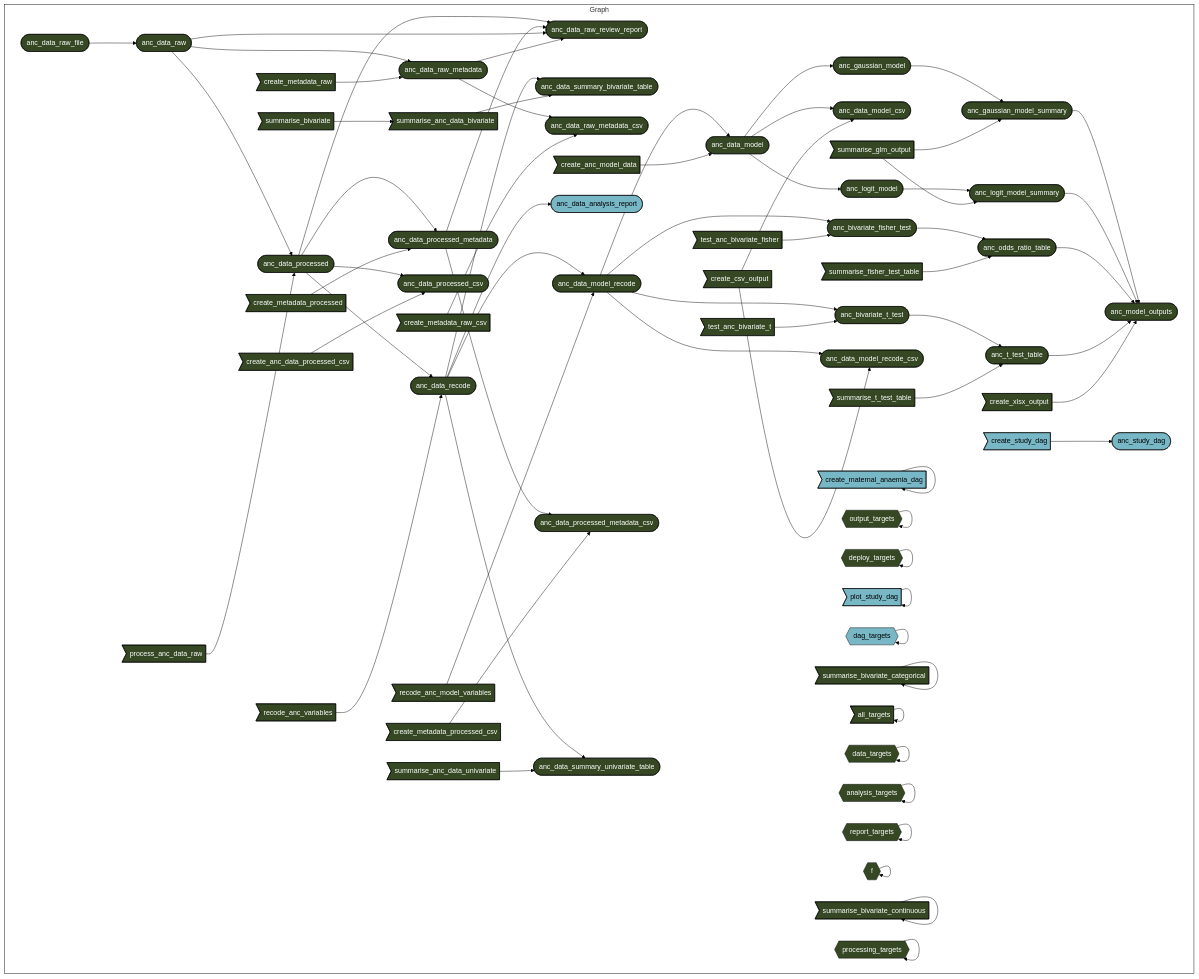
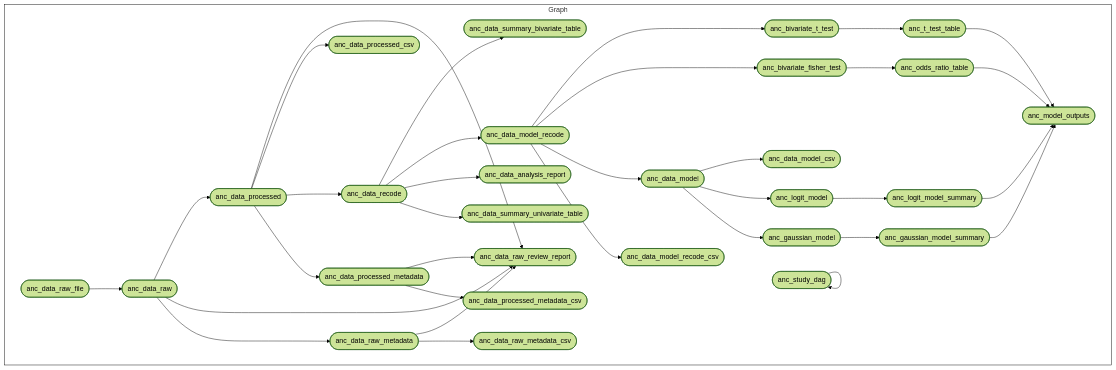
The diagram in README.md (OxfordIHTM/gh-anaemia-pregnancy), drawn with Mermaid (forest theme) before and after one commit. The commit also changed other lines of this file and 1 other file, not shown here.

````diff
--- a/README.md
+++ b/README.md
@@ -144,76 +158,39 @@
 ``` mermaid
 graph LR
   style Graph fill:#FFFFFF00,stroke:#000000;
   subgraph Graph
     direction LR
-    x22ede2ce35ac1155>"summarise_bivariate"]:::uptodate --> xba48c79891bd32bf>"summarise_anc_data_bivariate"]:::uptodate
     xbba39ca9e518ed94(["anc_data_raw"]):::uptodate --> x597caed207d4fc5d(["anc_data_processed"]):::uptodate
-    x2b694182b60fa089>"process_anc_data_raw"]:::uptodate --> x597caed207d4fc5d(["anc_data_processed"]):::uptodate
     x05812169c4dfa932(["anc_data_raw_file"]):::uptodate --> xbba39ca9e518ed94(["anc_data_raw"]):::uptodate
     x597caed207d4fc5d(["anc_data_processed"]):::uptodate --> x34a9c3203c3a0d4e(["anc_data_raw_review_report"]):::uptodate
     x34b86f86bb8014ea(["anc_data_processed_metadata"]):::uptodate --> x34a9c3203c3a0d4e(["anc_data_raw_review_report"]):::uptodate
     xbba39ca9e518ed94(["anc_data_raw"]):::uptodate --> x34a9c3203c3a0d4e(["anc_data_raw_review_report"]):::uptodate
     x8a8877168229f4dd(["anc_data_raw_metadata"]):::uptodate --> x34a9c3203c3a0d4e(["anc_data_raw_review_report"]):::uptodate
     xa2691830171b0cf9(["anc_data_recode"]):::uptodate --> x83b06018b27c1391(["anc_data_summary_bivariate_table"]):::uptodate
-    xba48c79891bd32bf>"summarise_anc_data_bivariate"]:::uptodate --> x83b06018b27c1391(["anc_data_summary_bivariate_table"]):::uptodate
     x9265d4ebfbcc5e37(["anc_gaussian_model_summary"]):::uptodate --> x8f6836dcac596e4d(["anc_model_outputs"]):::uptodate
     x2d44714c6076aea5(["anc_logit_model_summary"]):::uptodate --> x8f6836dcac596e4d(["anc_model_outputs"]):::uptodate
     x2d1d696496197875(["anc_odds_ratio_table"]):::uptodate --> x8f6836dcac596e4d(["anc_model_outputs"]):::uptodate
     x02d4c90c16108e87(["anc_t_test_table"]):::uptodate --> x8f6836dcac596e4d(["anc_model_outputs"]):::uptodate
-    x77cfc036884b7314>"create_xlsx_output"]:::uptodate --> x8f6836dcac596e4d(["anc_model_outputs"]):::uptodate
     x8a8877168229f4dd(["anc_data_raw_metadata"]):::uptodate --> x2f4ef36220e6f123(["anc_data_raw_metadata_csv"]):::uptodate
-    x06b95541de6d9084>"create_metadata_raw_csv"]:::uptodate --> x2f4ef36220e6f123(["anc_data_raw_metadata_csv"]):::uptodate
     x597caed207d4fc5d(["anc_data_processed"]):::uptodate --> x9efa48e5541103b9(["anc_data_processed_csv"]):::uptodate
-    xe731fc43cde5524c>"create_anc_data_processed_csv"]:::uptodate --> x9efa48e5541103b9(["anc_data_processed_csv"]):::uptodate
     xa2691830171b0cf9(["anc_data_recode"]):::uptodate --> xc84eb75d2309c0e2(["anc_data_model_recode"]):::uptodate
-    xbfa6311eff88f4ac>"recode_anc_model_variables"]:::uptodate --> xc84eb75d2309c0e2(["anc_data_model_recode"]):::uptodate
     xc84eb75d2309c0e2(["anc_data_model_recode"]):::uptodate --> x22e570cd18c3f66c(["anc_bivariate_t_test"]):::uptodate
-    x5cf5cf0deda2a74c>"test_anc_bivariate_t"]:::uptodate --> x22e570cd18c3f66c(["anc_bivariate_t_test"]):::uptodate
-    x725fdaf76e544e71>"create_study_dag"]:::outdated --> xa1f8e339ffb46424(["anc_study_dag"]):::outdated
     x6262f74751558db7(["anc_data_model"]):::uptodate --> x11c78e49bf183f4f(["anc_data_model_csv"]):::uptodate
-    xbf3fc28f2e168ffd>"create_csv_output"]:::uptodate --> x11c78e49bf183f4f(["anc_data_model_csv"]):::uptodate
     x2d826175fca676e3(["anc_gaussian_model"]):::uptodate --> x9265d4ebfbcc5e37(["anc_gaussian_model_summary"]):::uptodate
-    xd8d5dc6d3535bb7e>"summarise_glm_output"]:::uptodate --> x9265d4ebfbcc5e37(["anc_gaussian_model_summary"]):::uptodate
     xbba39ca9e518ed94(["anc_data_raw"]):::uptodate --> x8a8877168229f4dd(["anc_data_raw_metadata"]):::uptodate
-    x9fb008ebeb3b6fe1>"create_metadata_raw"]:::uptodate --> x8a8877168229f4dd(["anc_data_raw_metadata"]):::uptodate
     xa2691830171b0cf9(["anc_data_recode"]):::uptodate --> x4e5d056abbac74dc(["anc_data_analysis_report"]):::outdated
     xc84eb75d2309c0e2(["anc_data_model_recode"]):::uptodate --> x77712cf549a15628(["anc_bivariate_fisher_test"]):::uptodate
-    xe50c36b3049cee6e>"test_anc_bivariate_fisher"]:::uptodate --> x77712cf549a15628(["anc_bivariate_fisher_test"]):::uptodate
     xc84eb75d2309c0e2(["anc_data_model_recode"]):::uptodate --> x6262f74751558db7(["anc_data_model"]):::uptodate
-    x480f339fedb44aea>"create_anc_model_data"]:::uptodate --> x6262f74751558db7(["anc_data_model"]):::uptodate
     x34b86f86bb8014ea(["anc_data_processed_metadata"]):::uptodate --> x2d4384c638b4d284(["anc_data_processed_metadata_csv"]):::uptodate
-    xf09ed717134c2f13>"create_metadata_processed_csv"]:::uptodate --> x2d4384c638b4d284(["anc_data_processed_metadata_csv"]):::uptodate
     x597caed207d4fc5d(["anc_data_processed"]):::uptodate --> xa2691830171b0cf9(["anc_data_recode"]):::uptodate
-    xa1f2cfa78a4cee44>"recode_anc_variables"]:::uptodate --> xa2691830171b0cf9(["anc_data_recode"]):::uptodate
     xa2691830171b0cf9(["anc_data_recode"]):::uptodate --> xdeea979a9fc8283c(["anc_data_summary_univariate_table"]):::uptodate
-    xd872d61e4ee64380>"summarise_anc_data_univariate"]:::uptodate --> xdeea979a9fc8283c(["anc_data_summary_univariate_table"]):::uptodate
     x597caed207d4fc5d(["anc_data_processed"]):::uptodate --> x34b86f86bb8014ea(["anc_data_processed_metadata"]):::uptodate
-    xd8175f5eae36128b>"create_metadata_processed"]:::uptodate --> x34b86f86bb8014ea(["anc_data_processed_metadata"]):::uptodate
     x22e570cd18c3f66c(["anc_bivariate_t_test"]):::uptodate --> x02d4c90c16108e87(["anc_t_test_table"]):::uptodate
-    x770dcc76b94aa44a>"summarise_t_test_table"]:::uptodate --> x02d4c90c16108e87(["anc_t_test_table"]):::uptodate
     xec336fb433299b8a(["anc_logit_model"]):::uptodate --> x2d44714c6076aea5(["anc_logit_model_summary"]):::uptodate
-    xd8d5dc6d3535bb7e>"summarise_glm_output"]:::uptodate --> x2d44714c6076aea5(["anc_logit_model_summary"]):::uptodate
     xc84eb75d2309c0e2(["anc_data_model_recode"]):::uptodate --> x60423dd0fbb1026b(["anc_data_model_recode_csv"]):::uptodate
-    xbf3fc28f2e168ffd>"create_csv_output"]:::uptodate --> x60423dd0fbb1026b(["anc_data_model_recode_csv"]):::uptodate
     x6262f74751558db7(["anc_data_model"]):::uptodate --> xec336fb433299b8a(["anc_logit_model"]):::uptodate
     x6262f74751558db7(["anc_data_model"]):::uptodate --> x2d826175fca676e3(["anc_gaussian_model"]):::uptodate
     x77712cf549a15628(["anc_bivariate_fisher_test"]):::uptodate --> x2d1d696496197875(["anc_odds_ratio_table"]):::uptodate
-    x0a7616a8d443d3cc>"summarise_fisher_test_table"]:::uptodate --> x2d1d696496197875(["anc_odds_ratio_table"]):::uptodate
-    x90176daa1aa2b9bc>"create_maternal_anaemia_dag"]:::outdated --> x90176daa1aa2b9bc>"create_maternal_anaemia_dag"]:::outdated
-    xad15c442a1533efe{{"output_targets"}}:::uptodate --> xad15c442a1533efe{{"output_targets"}}:::uptodate
-    x810c561f670f489c{{"deploy_targets"}}:::uptodate --> x810c561f670f489c{{"deploy_targets"}}:::uptodate
-    x70b981eb714b62a5>"plot_study_dag"]:::outdated --> x70b981eb714b62a5>"plot_study_dag"]:::outdated
-    x00a85aa709e38aeb{{"dag_targets"}}:::outdated --> x00a85aa709e38aeb{{"dag_targets"}}:::outdated
-    x2f1bb877657c1243>"summarise_bivariate_categorical"]:::uptodate --> x2f1bb877657c1243>"summarise_bivariate_categorical"]:::uptodate
-    xc06a83e269c561d0>"all_targets"]:::uptodate --> xc06a83e269c561d0>"all_targets"]:::uptodate
-    x61c99aa4be265faa{{"data_targets"}}:::uptodate --> x61c99aa4be265faa{{"data_targets"}}:::uptodate
-    x6a7cdb164c636498{{"analysis_targets"}}:::uptodate --> x6a7cdb164c636498{{"analysis_targets"}}:::uptodate
-    x093abd41526bc558{{"report_targets"}}:::uptodate --> x093abd41526bc558{{"report_targets"}}:::uptodate
-    xd00dba5cf02aee4d{{"f"}}:::uptodate --> xd00dba5cf02aee4d{{"f"}}:::uptodate
-    x9c5838b89af71ec8>"summarise_bivariate_continuous"]:::uptodate --> x9c5838b89af71ec8>"summarise_bivariate_continuous"]:::uptodate
-    x96a2e4aa744c6180{{"processing_targets"}}:::uptodate --> x96a2e4aa744c6180{{"processing_targets"}}:::uptodate
+    xa1f8e339ffb46424(["anc_study_dag"]):::outdated --> xa1f8e339ffb46424(["anc_study_dag"]):::outdated
   end
-  classDef uptodate stroke:#000000,color:#ffffff,fill:#354823;
-  classDef outdated stroke:#000000,color:#000000,fill:#78B7C5;
-  classDef none stroke:#000000,color:#000000,fill:#94a4ac;
 ```
````
